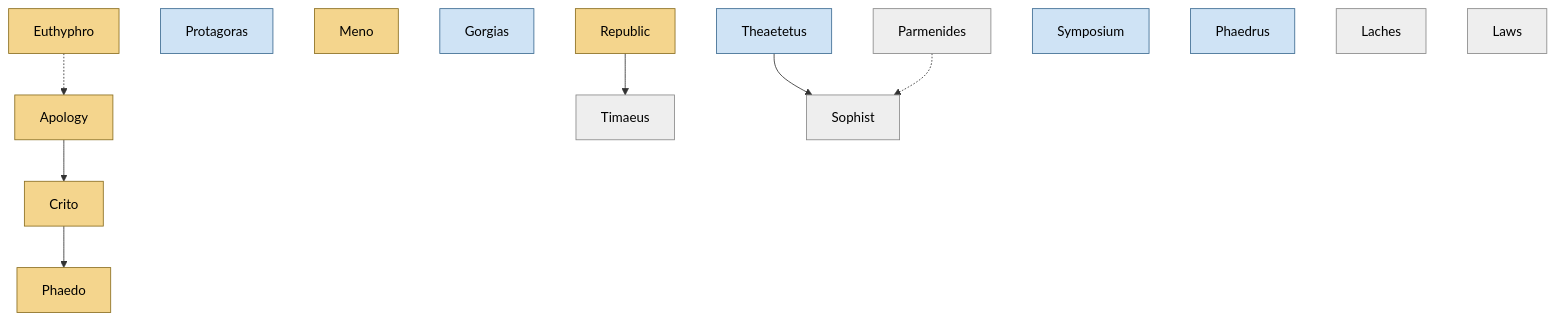
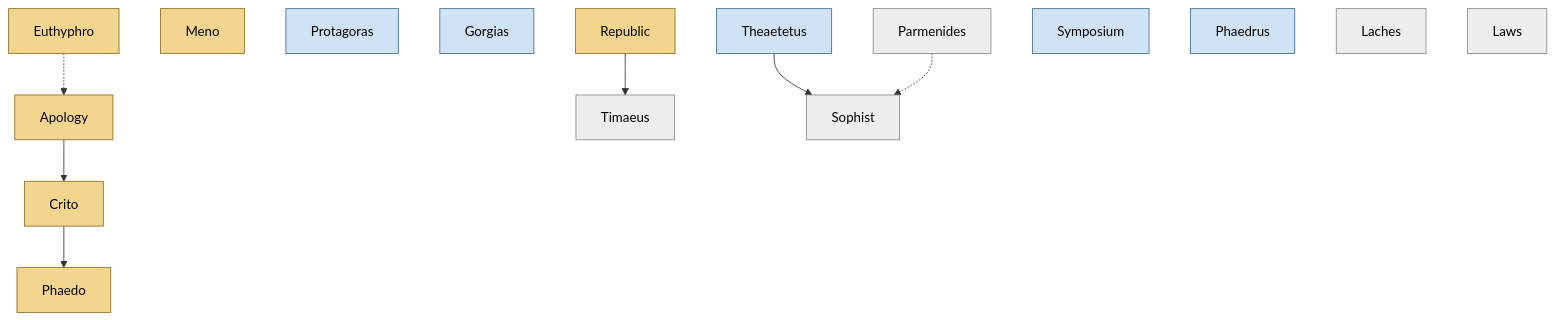
Before and after one commit to kwang2424/lit-chart-maker: the diagram in generated/plato.md, drawn with Mermaid. The commit also changed other lines of this file and 22 other files, not shown here.

````diff
--- a/generated/plato.md
+++ b/generated/plato.md
@@ -203,28 +208,28 @@
 ```mermaid
 graph TD
+  apology["Apology"]:::core
   euthyphro["Euthyphro"]:::core
-  apology["Apology"]:::core
+  meno["Meno"]:::core
   protagoras["Protagoras"]:::extended
-  meno["Meno"]:::core
   crito["Crito"]:::core
+  gorgias["Gorgias"]:::extended
   phaedo["Phaedo"]:::core
-  gorgias["Gorgias"]:::extended
   republic["Republic"]:::core
   theaetetus["Theaetetus"]:::extended
   timaeus["Timaeus"]:::optional
   parmenides["Parmenides"]:::optional
   symposium["Symposium"]:::extended
   phaedrus["Phaedrus"]:::extended
   laches["Laches"]:::optional
   laws["Laws"]:::optional
   sophist["Sophist"]:::optional
   euthyphro -.-> apology
   apology --> crito
   crito --> phaedo
   theaetetus --> sophist
   parmenides -.-> sophist
   republic --> timaeus
   classDef core fill:#f4d58d,stroke:#8a6d1f,color:#000
   classDef extended fill:#cfe3f5,stroke:#3b6a91,color:#000
   classDef optional fill:#eeeeee,stroke:#888,color:#000
 ```
````
